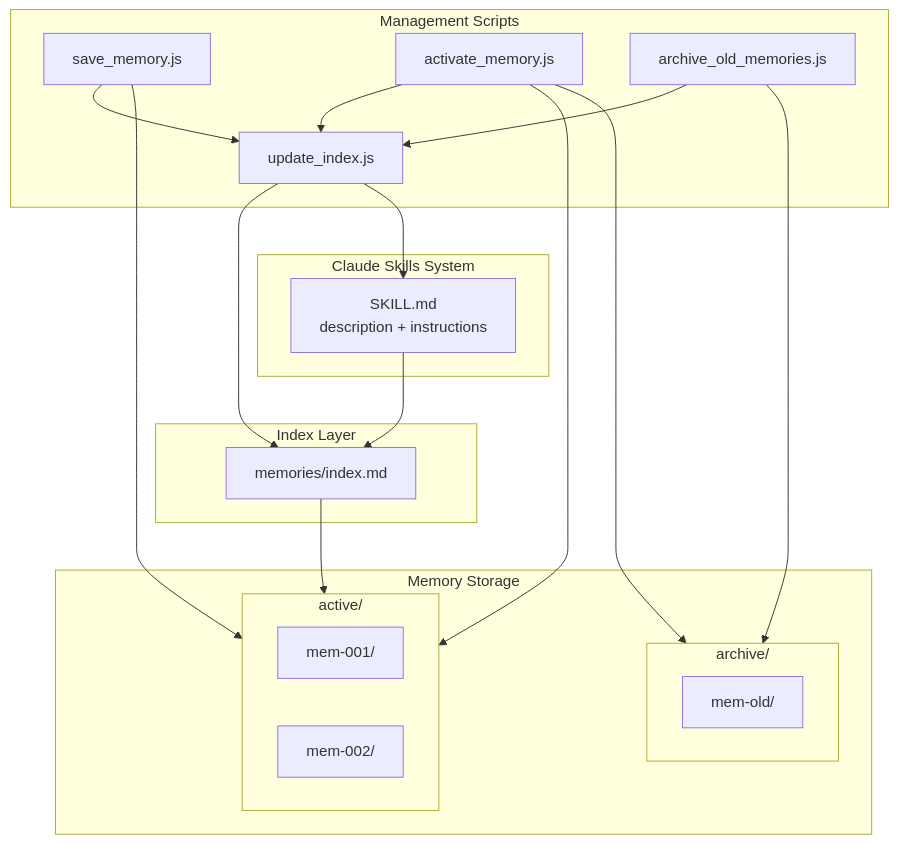
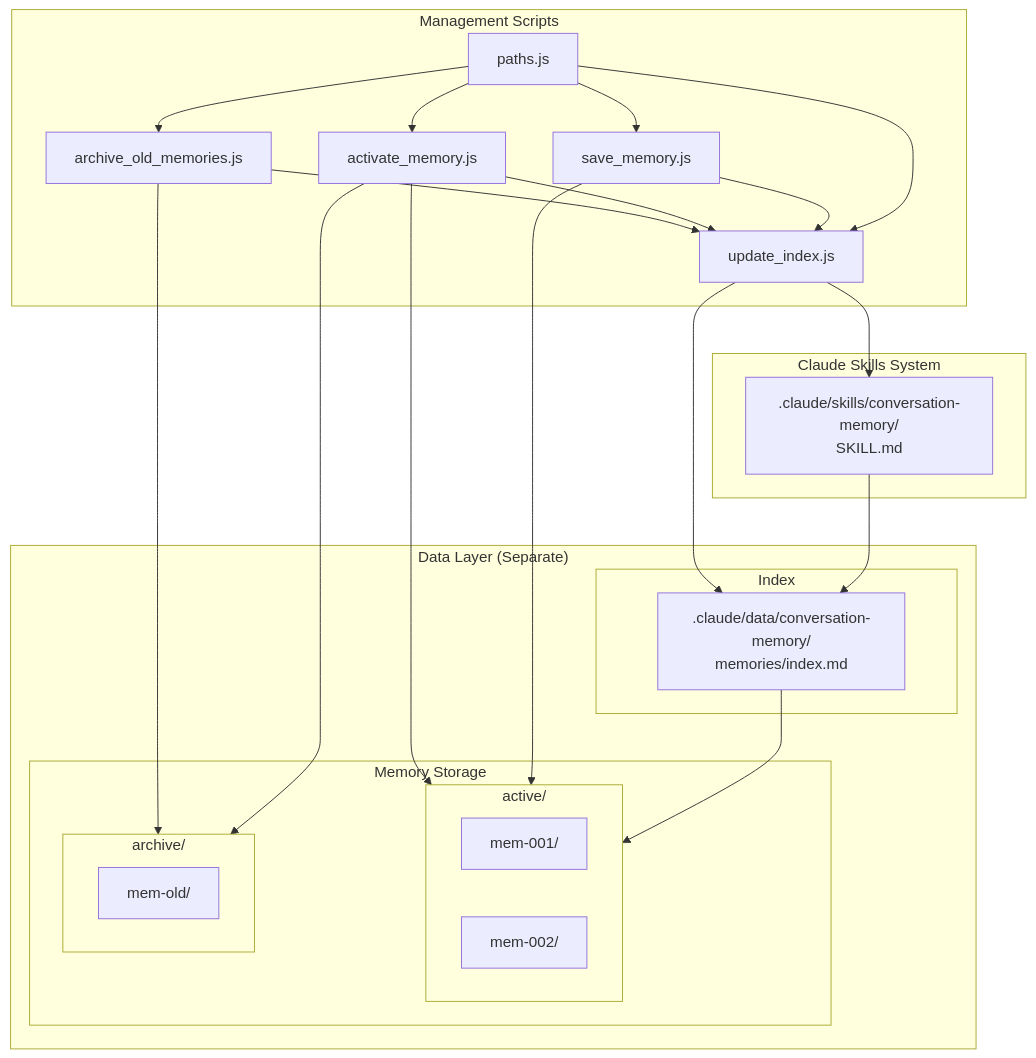
Before and after one commit to imjszhang/conversation-memory-skill: the first of 4 diagrams in docs/technical-deep-dive.md, drawn with Mermaid. The commit also changed other lines of this file and 5 other files, not shown here.

````diff
--- a/docs/technical-deep-dive.md
+++ b/docs/technical-deep-dive.md
@@ -7,39 +7,46 @@
 ```mermaid
 flowchart TB
     subgraph SkillSystem["Claude Skills System"]
-        SKILL["SKILL.md<br/>description + instructions"]
+        SKILL[".claude/skills/conversation-memory/<br/>SKILL.md"]
     end
     
-    subgraph IndexLayer["Index Layer"]
-        INDEX["memories/index.md"]
-    end
-    
-    subgraph MemoryStorage["Memory Storage"]
-        subgraph Active["active/"]
-            MEM1["mem-001/"]
-            MEM2["mem-002/"]
+    subgraph DataLayer["Data Layer (Separate)"]
+        subgraph IndexLayer["Index"]
+            INDEX[".claude/data/conversation-memory/<br/>memories/index.md"]
         end
-        subgraph Archive["archive/"]
-            MEM3["mem-old/"]
+        
+        subgraph MemoryStorage["Memory Storage"]
+            subgraph Active["active/"]
+                MEM1["mem-001/"]
+                MEM2["mem-002/"]
+            end
+            subgraph Archive["archive/"]
+                MEM3["mem-old/"]
+            end
         end
     end
     
     subgraph Scripts["Management Scripts"]
+        PATHS["paths.js"]
         SAVE["save_memory.js"]
         ACTIVATE["activate_memory.js"]
         ARCHIVE["archive_old_memories.js"]
         UPDATE["update_index.js"]
     end
     
     SKILL --> INDEX
     INDEX --> Active
+    PATHS --> SAVE
+    PATHS --> ACTIVATE
+    PATHS --> ARCHIVE
+    PATHS --> UPDATE
     SAVE --> Active
     SAVE --> UPDATE
     ACTIVATE --> Active
     ACTIVATE --> Archive
     ACTIVATE --> UPDATE
     ARCHIVE --> Archive
     ARCHIVE --> UPDATE
     UPDATE --> INDEX
     UPDATE --> SKILL
 ```
````
